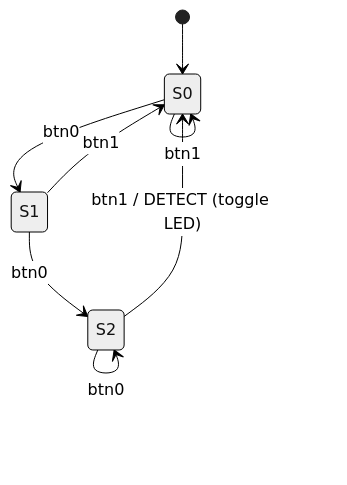
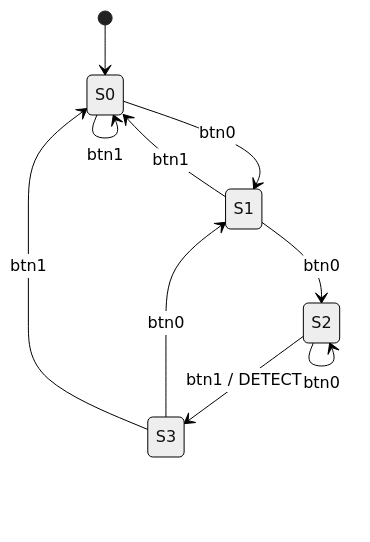
The diagram in Midterm/real/docs/state_machine.md (kagamirudo/FPGA-Digital-Systems-Projects), drawn with Mermaid (neutral theme) before and after one commit. The commit also changed other lines of this file and 2 other files, not shown here.

````diff
--- a/Midterm/real/docs/state_machine.md
+++ b/Midterm/real/docs/state_machine.md
@@ -15,10 +13,12 @@
 ```mermaid
 stateDiagram-v2
     [*] --> S0
     S0 --> S1: btn0
     S0 --> S0: btn1
     S1 --> S2: btn0
     S1 --> S0: btn1
     S2 --> S2: btn0
-    S2 --> S0: btn1 / DETECT (toggle LED)
+    S2 --> S3: btn1 / DETECT
+    S3 --> S1: btn0
+    S3 --> S0: btn1
 ```
````
